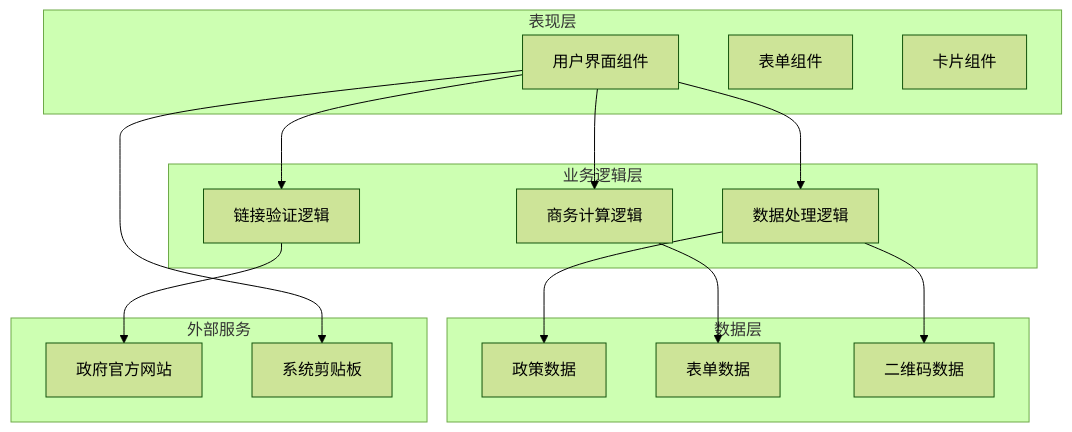
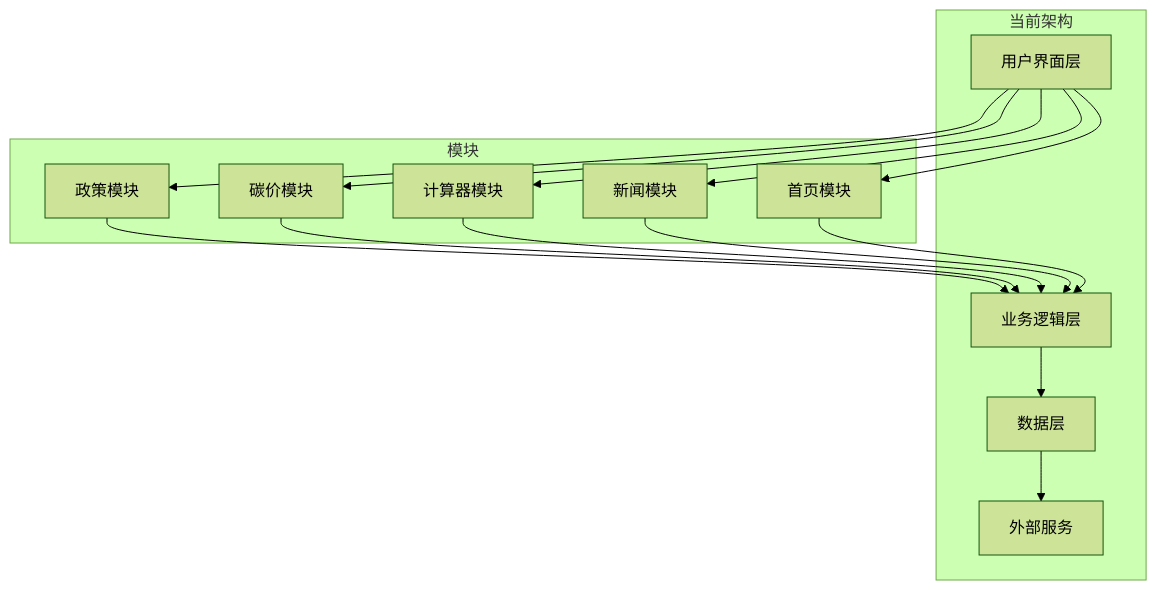
The third of 4 diagrams in .qoder/repowiki/zh/content/功能模块/业务材料模块.md (liangxuanliang-cmd/carbon-info-agent), drawn with Mermaid (forest theme) before and after one commit. The commit also changed other lines of this file and 21 other files, not shown here.

````diff
--- a/.qoder/repowiki/zh/content/功能模块/业务材料模块.md
+++ b/.qoder/repowiki/zh/content/功能模块/业务材料模块.md
@@ -151,30 +114,28 @@
 ```mermaid
 graph TB
-subgraph "表现层"
-UI[用户界面组件]
-Forms[表单组件]
-Cards[卡片组件]
+subgraph "当前架构"
+UI[用户界面层]
+Logic[业务逻辑层]
+Data[数据层]
+External[外部服务]
 end
-subgraph "业务逻辑层"
-Validation[链接验证逻辑]
-Calculation[商务计算逻辑]
-DataProcessing[数据处理逻辑]
+subgraph "模块"
+Policy[政策模块]
+Price[碳价模块]
+Calc[计算器模块]
+News[新闻模块]
+Home[首页模块]
 end
-subgraph "数据层"
-PolicyData[政策数据]
-FormData[表单数据]
-QRData[二维码数据]
-end
-subgraph "外部服务"
-GovSites[政府官方网站]
-Clipboard[系统剪贴板]
-end
-UI --> Validation
-UI --> Calculation
-UI --> DataProcessing
-Validation --> GovSites
-Calculation --> FormData
-DataProcessing --> PolicyData
-DataProcessing --> QRData
-UI --> Clipboard
+UI --> Policy
+UI --> Price
+UI --> Calc
+UI --> News
+UI --> Home
+Policy --> Logic
+Price --> Logic
+Calc --> Logic
+News --> Logic
+Home --> Logic
+Logic --> Data
+Data --> External
 ```
````
